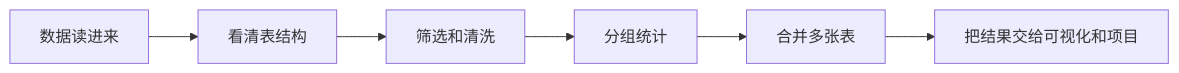
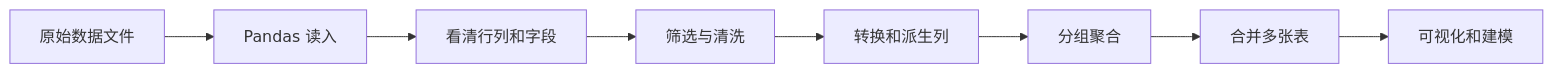
The first of 3 diagrams in docs/stage2/ch03-pandas/00-roadmap.md (oudbiao/AI-fullstack-course), drawn with Mermaid before and after one commit. The commit also changed other lines of this file and 95 other files, not shown here.

````diff
--- a/docs/stage2/ch03-pandas/00-roadmap.md
+++ b/docs/stage2/ch03-pandas/00-roadmap.md
@@ -35,8 +20,10 @@
 ```mermaid
 flowchart LR
-    A["数据读进来"] --> B["看清表结构"]
-    B --> C["筛选和清洗"]
-    C --> D["分组统计"]
-    D --> E["合并多张表"]
-    E --> F["把结果交给可视化和项目"]
+  A[原始数据文件] --> B[Pandas 读入]
+  B --> C[看清行列和字段]
+  C --> D[筛选与清洗]
+  D --> E[转换和派生列]
+  E --> F[分组聚合]
+  F --> G[合并多张表]
+  G --> H[可视化和建模]
 ```
````
